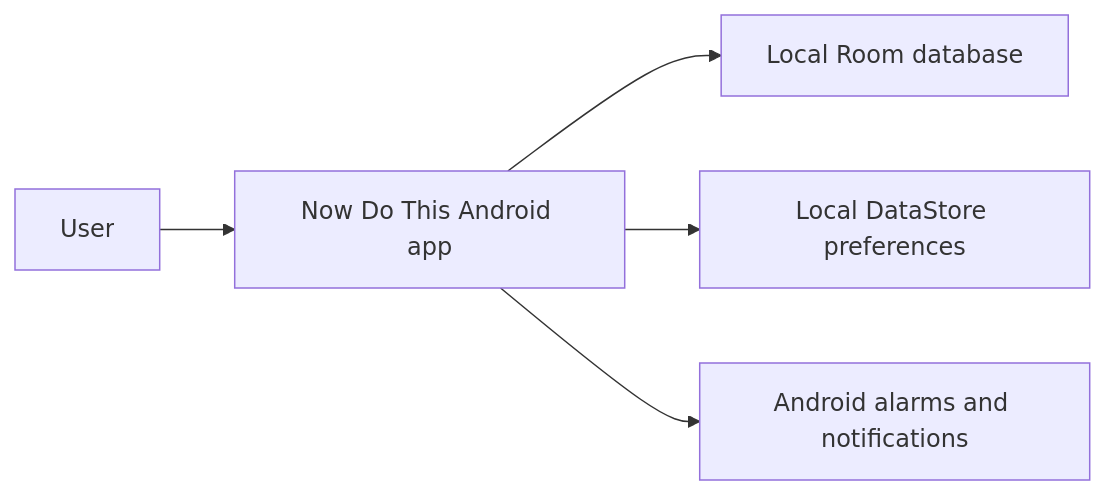
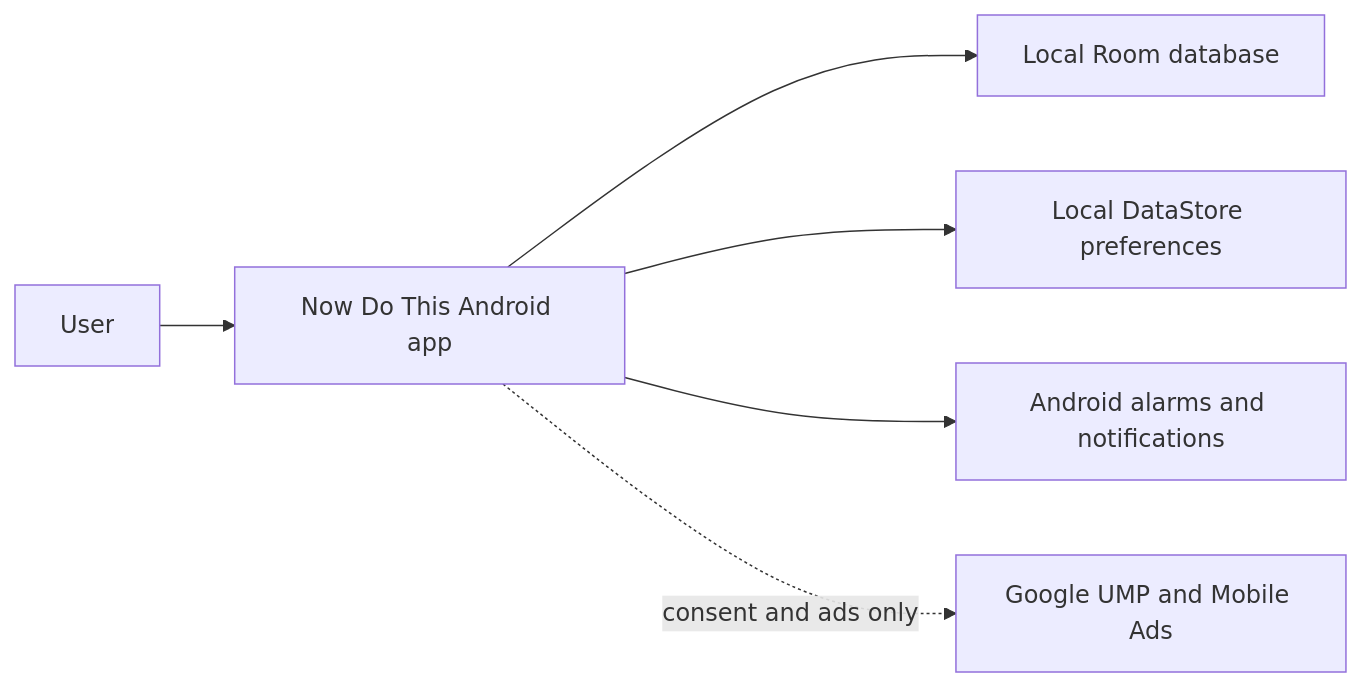
Before and after one commit to nadar71/Todotaskertimer_02: the diagram in docs/architecture/system-context.md, drawn with Mermaid. The commit also changed other lines of this file and 22 other files, not shown here.

````diff
--- a/docs/architecture/system-context.md
+++ b/docs/architecture/system-context.md
@@ -7,7 +8,8 @@
 ```mermaid
 flowchart LR
     User["User"] --> App["Now Do This Android app"]
     App --> Room["Local Room database"]
     App --> DataStore["Local DataStore preferences"]
     App --> Android["Android alarms and notifications"]
+    App -. "consent and ads only" .-> GoogleAds["Google UMP and Mobile Ads"]
 ```
````
